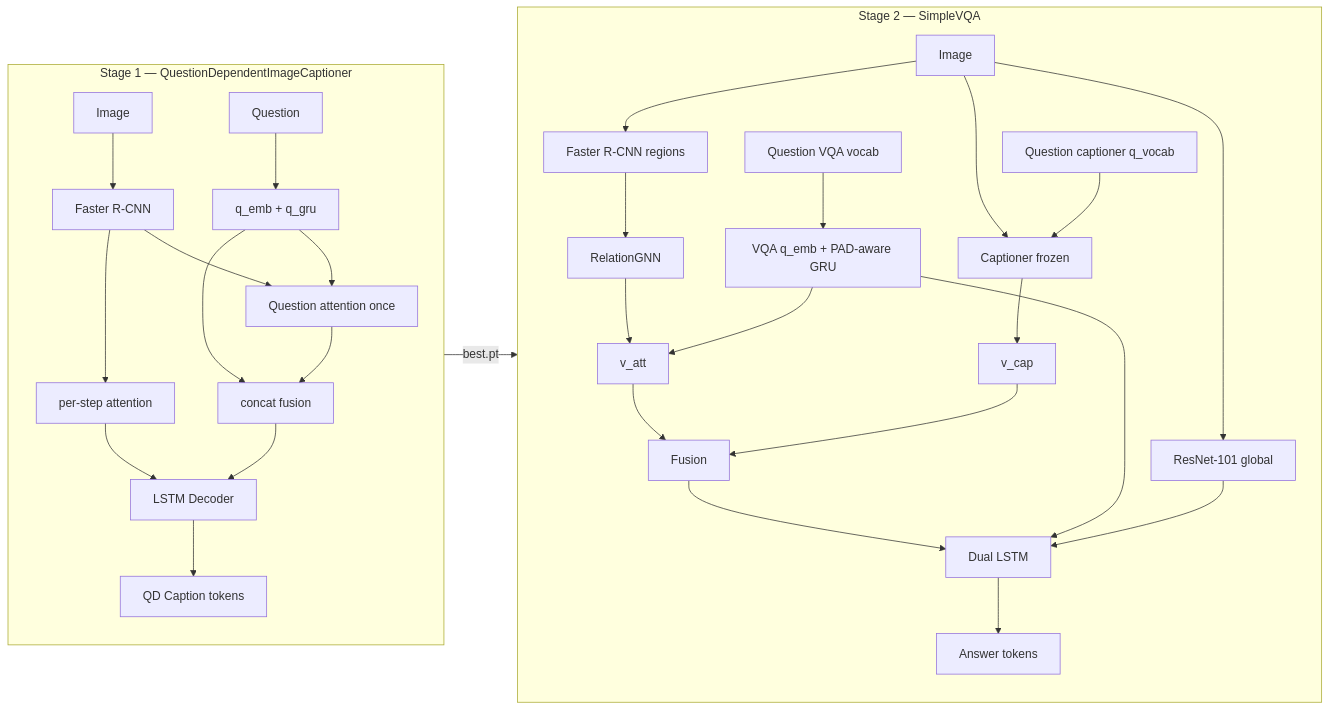
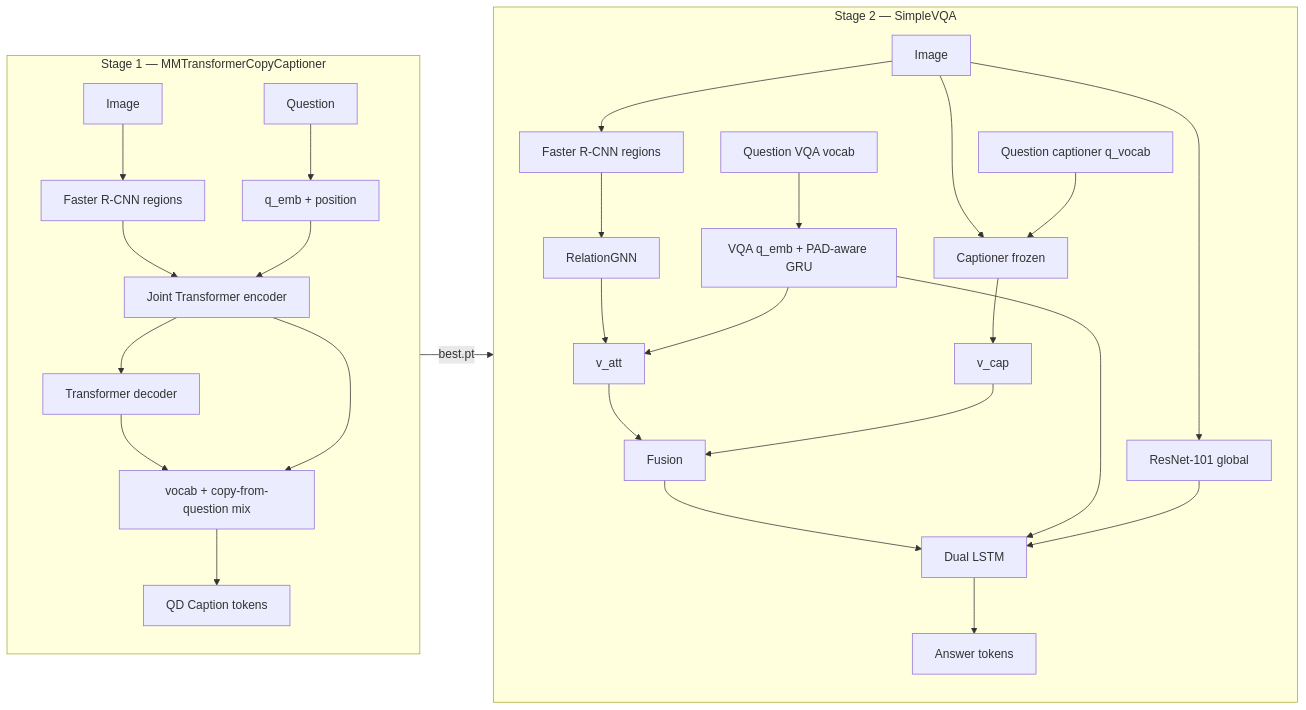
Before and after one commit to MahdiRuzmeh/ImageCaptioningImprovedVisualQuestionAnswering: the first of 3 diagrams in architecture/ARCHITECTURE.en.md, drawn with Mermaid. The commit also changed other lines of this file and 5 other files, not shown here.

Commit message:
docs: Document MMTransformerCopyCaptioner as the v2 Stage-1 architecture.

````diff
--- a/architecture/ARCHITECTURE.en.md
+++ b/architecture/ARCHITECTURE.en.md
@@ -22,35 +22,33 @@
 ```mermaid
 flowchart LR
-    subgraph S1["Stage 1 — QuestionDependentImageCaptioner"]
-        I1[Image] --> RCNN1[Faster R-CNN]
-        Q1[Question] --> QGRU1[q_emb + q_gru]
-        RCNN1 --> QATT[Question attention once]
-        QGRU1 --> QATT
-        QATT --> FUSE1[concat fusion]
-        QGRU1 --> FUSE1
-        FUSE1 --> DEC[LSTM Decoder]
-        RCNN1 --> SATT[per-step attention]
-        SATT --> DEC
-        DEC --> CAP[QD Caption tokens]
+    subgraph S1["Stage 1 — MMTransformerCopyCaptioner"]
+        I1[Image] --> RCNN1[Faster R-CNN regions]
+        Q1[Question] --> QE1[q_emb + position]
+        RCNN1 --> ENC1[Joint Transformer encoder]
+        QE1 --> ENC1
+        ENC1 --> DEC[Transformer decoder]
+        DEC --> COPY[vocab + copy-from-question mix]
+        ENC1 --> COPY
+        COPY --> CAP[QD Caption tokens]
     end
 
     subgraph S2["Stage 2 — SimpleVQA"]
         I2[Image] --> RES[ResNet-101 global]
         I2 --> RCNN2[Faster R-CNN regions]
         Q[Question VQA vocab] --> QGRU[VQA q_emb + PAD-aware GRU]
         RCNN2 --> GNN2[RelationGNN]
         GNN2 --> VATT[v_att]
         QGRU --> VATT
         I2 --> CAPM[Captioner frozen]
         QCAP[Question captioner q_vocab] --> CAPM
         CAPM --> VCAP[v_cap]
         VATT --> FUSE[Fusion]
         VCAP --> FUSE
         FUSE --> LSTM[Dual LSTM]
         QGRU --> LSTM
         RES --> LSTM
         LSTM --> ANS[Answer tokens]
     end
 
     S1 -->|best.pt| S2
 ```
````
